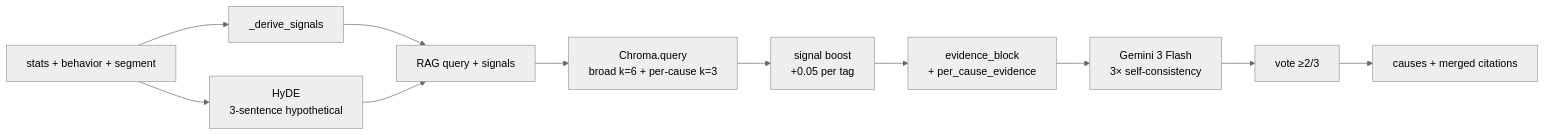
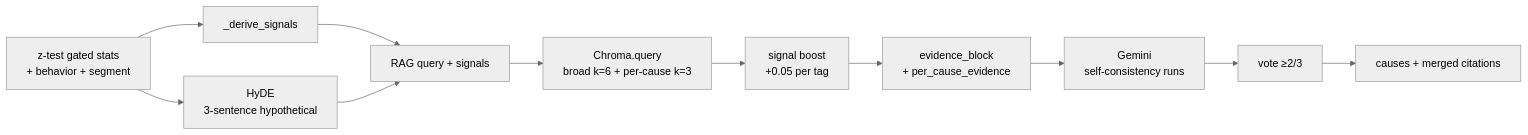
Before and after one commit to Abhayanthk/Retain_AI: the second of 3 diagrams in README.md, drawn with Mermaid (neutral theme). The commit also changed other lines of this file and 4 other files, not shown here.

````diff
--- a/README.md
+++ b/README.md
@@ -151,13 +171,13 @@
 ```mermaid
 flowchart LR
-    S[stats + behavior + segment] --> D[_derive_signals]
+    S[z-test gated stats<br/>+ behavior + segment] --> D[_derive_signals]
     S --> H[HyDE<br/>3-sentence hypothetical]
     D --> Q[RAG query + signals]
     H --> Q
     Q --> R[Chroma.query<br/>broad k=6 + per-cause k=3]
     R --> B[signal boost<br/>+0.05 per tag]
     B --> E[evidence_block<br/>+ per_cause_evidence]
-    E --> L[Gemini 3 Flash<br/>3× self-consistency]
+    E --> L[Gemini<br/>self-consistency runs]
     L --> V[vote ≥2/3]
     V --> C[causes + merged citations]
 ```
````
